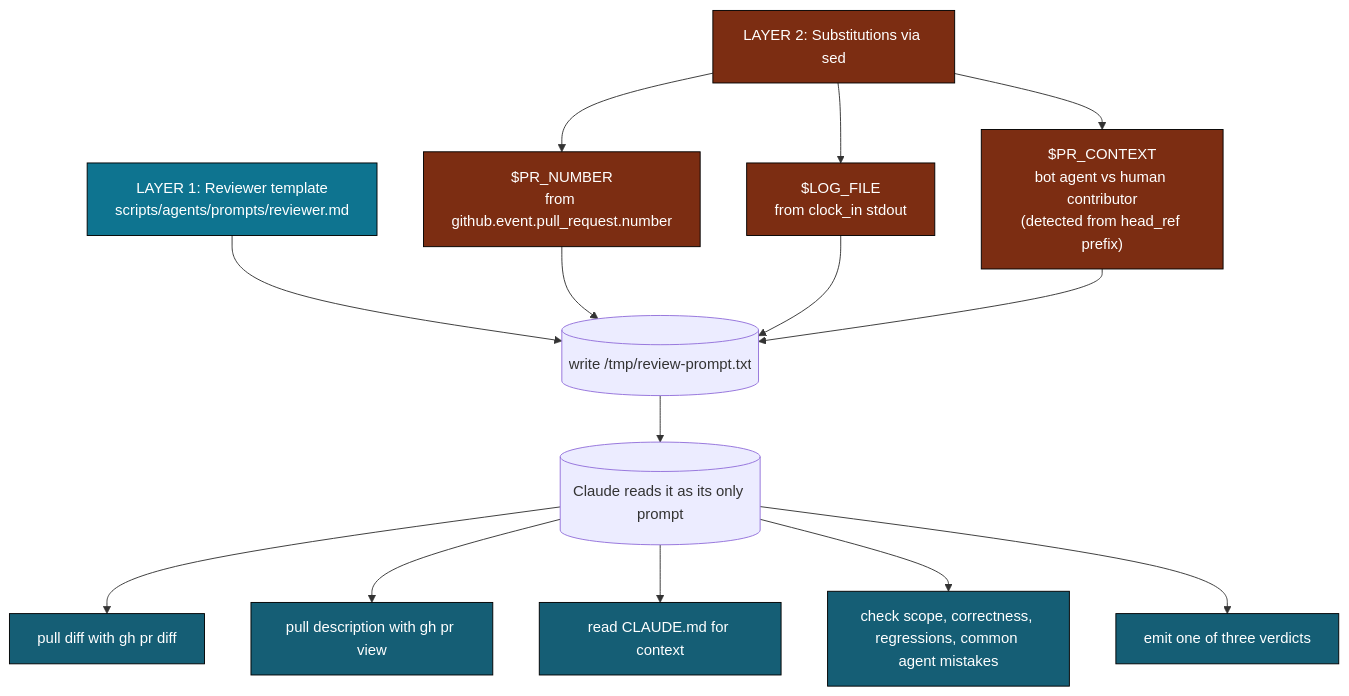
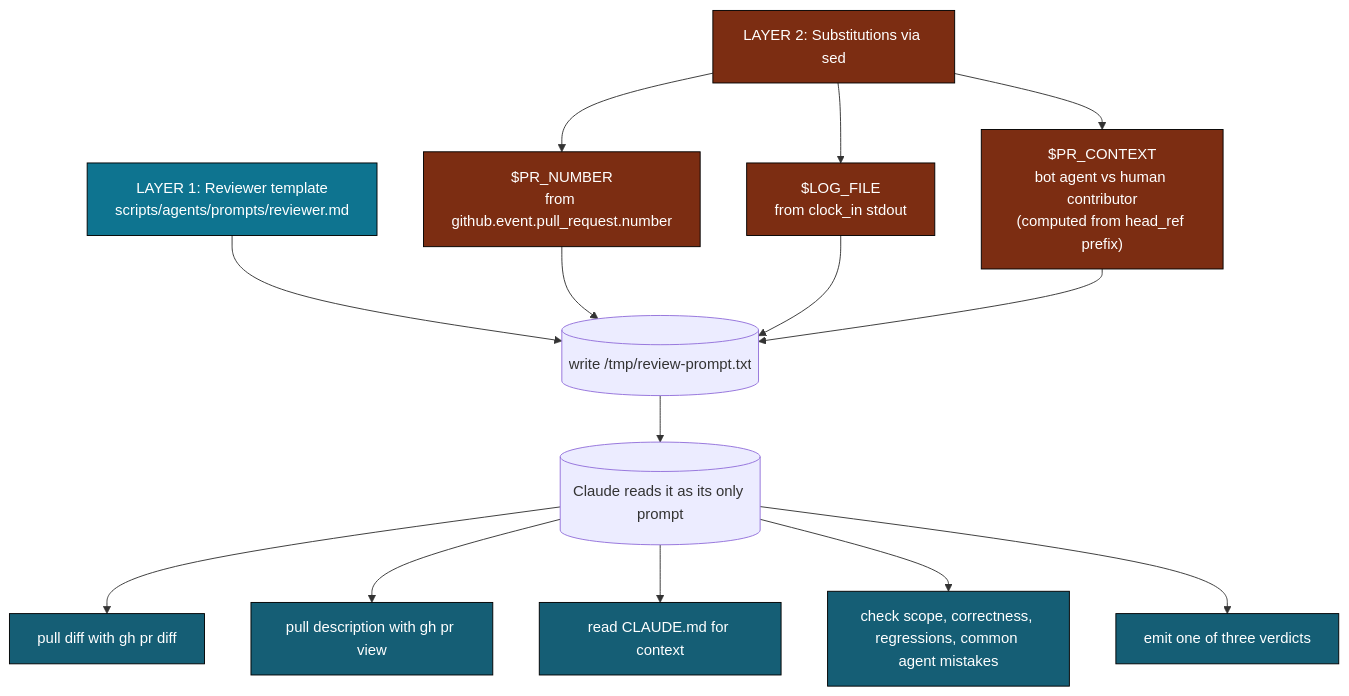
One commit to gregreindel/llm-exe changed the fifth of 12 diagrams in .github/docs/AGENT_REVIEW_PR_DEEP_DIVE.md. Above: the diagram before and after it, drawn with Mermaid. The commit also changed other lines of this file and 4 other files, not shown here.

````diff
--- a/.github/docs/AGENT_REVIEW_PR_DEEP_DIVE.md
+++ b/.github/docs/AGENT_REVIEW_PR_DEEP_DIVE.md
@@ -266,26 +258,26 @@
 ```mermaid
 flowchart TB
     classDef l1 fill:#0e7490,color:#fff,stroke:#000
     classDef l2 fill:#155e75,color:#fff,stroke:#000
     classDef sub fill:#7c2d12,color:#fff,stroke:#000
 
     A["LAYER 1: Reviewer template\nscripts/agents/prompts/reviewer.md"]:::l1
     B["LAYER 2: Substitutions via sed"]:::sub
     B1["$PR_NUMBER\nfrom github.event.pull_request.number"]:::sub
     B2["$LOG_FILE\nfrom clock_in stdout"]:::sub
-    B3["$PR_CONTEXT\nbot agent vs human contributor\n(detected from head_ref prefix)"]:::sub
+    B3["$PR_CONTEXT\nbot agent vs human contributor\n(computed from head_ref prefix)"]:::sub
 
     A --> X[("write /tmp/review-prompt.txt")]
     B1 --> X
     B2 --> X
     B3 --> X
     B --> B1
     B --> B2
     B --> B3
     X --> R[("Claude reads it as its only prompt")]
     R --> Q1["pull diff with gh pr diff"]:::l2
     R --> Q2["pull description with gh pr view"]:::l2
     R --> Q3["read CLAUDE.md for context"]:::l2
     R --> Q4["check scope, correctness, regressions, common agent mistakes"]:::l2
     R --> Q5["emit one of three verdicts"]:::l2
 ```
````
